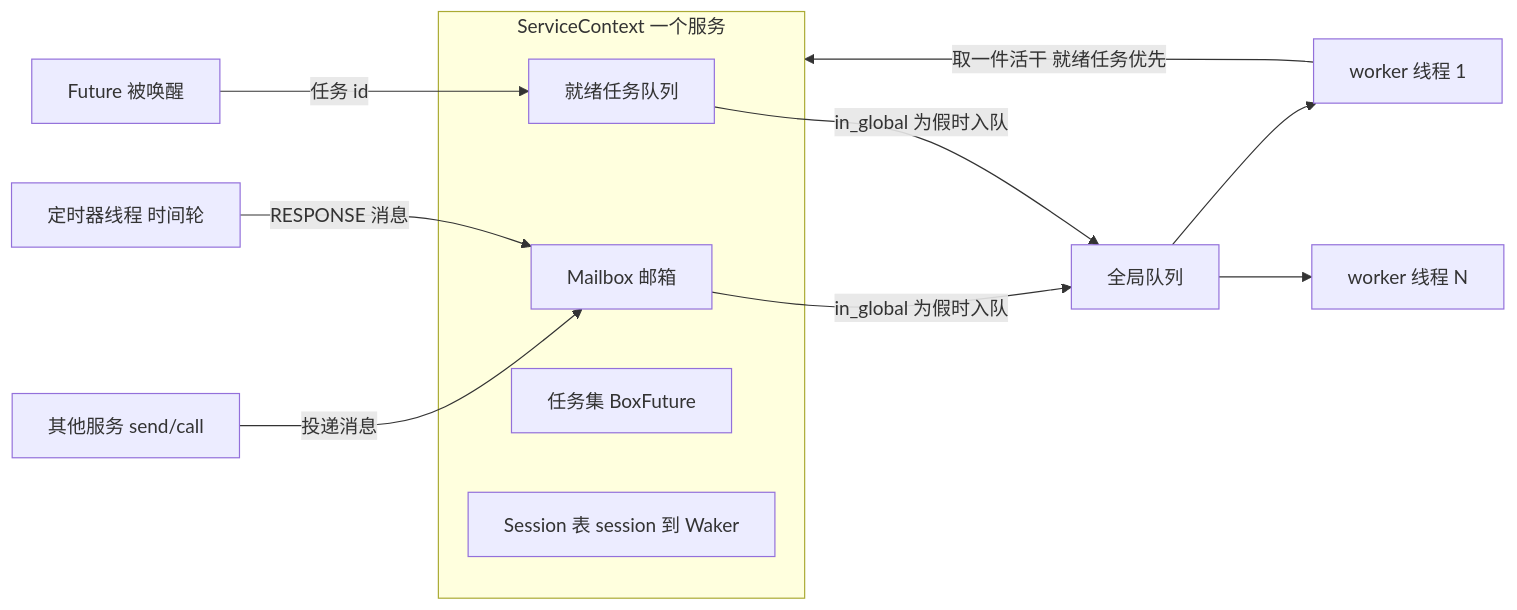
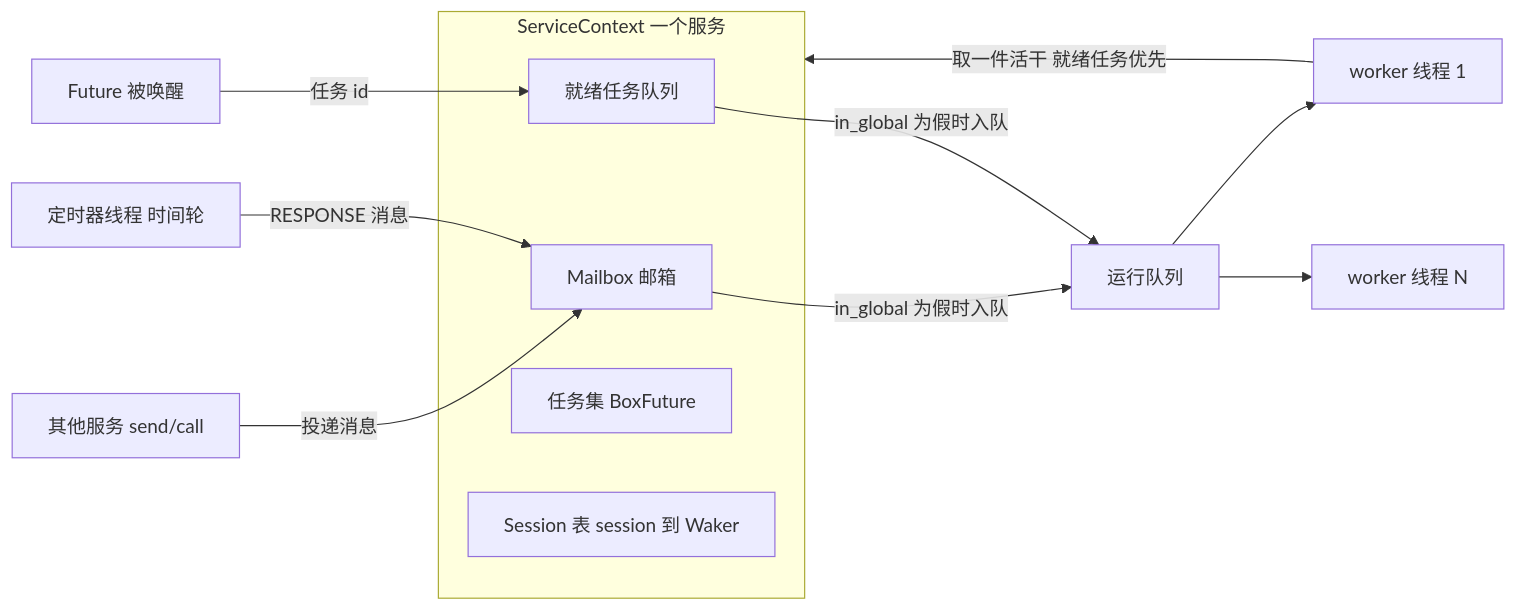
One commit to zhb1990/rskynet changed the first of 2 diagrams in README.md. Above: the diagram before and after it, drawn with Mermaid. The commit also changed other lines of this file and 7 other files, not shown here.

````diff
--- a/README.md
+++ b/README.md
@@ -24,17 +24,17 @@
 ```mermaid
 flowchart LR
     subgraph svc [ServiceContext 一个服务]
         MB[Mailbox 邮箱]
         RQ[就绪任务队列]
         TS[任务集 BoxFuture]
         SS["Session 表 session 到 Waker"]
     end
     Sender[其他服务 send/call] -->|投递消息| MB
     TimerThread[定时器线程 时间轮] -->|RESPONSE 消息| MB
     Waker[Future 被唤醒] -->|任务 id| RQ
-    MB -->|in_global 为假时入队| GQ[全局队列]
+    MB -->|in_global 为假时入队| GQ[运行队列]
     RQ -->|in_global 为假时入队| GQ
     GQ --> W1[worker 线程 1]
     GQ --> WN[worker 线程 N]
     W1 -->|取一件活干 就绪任务优先| svc
 ```
````
